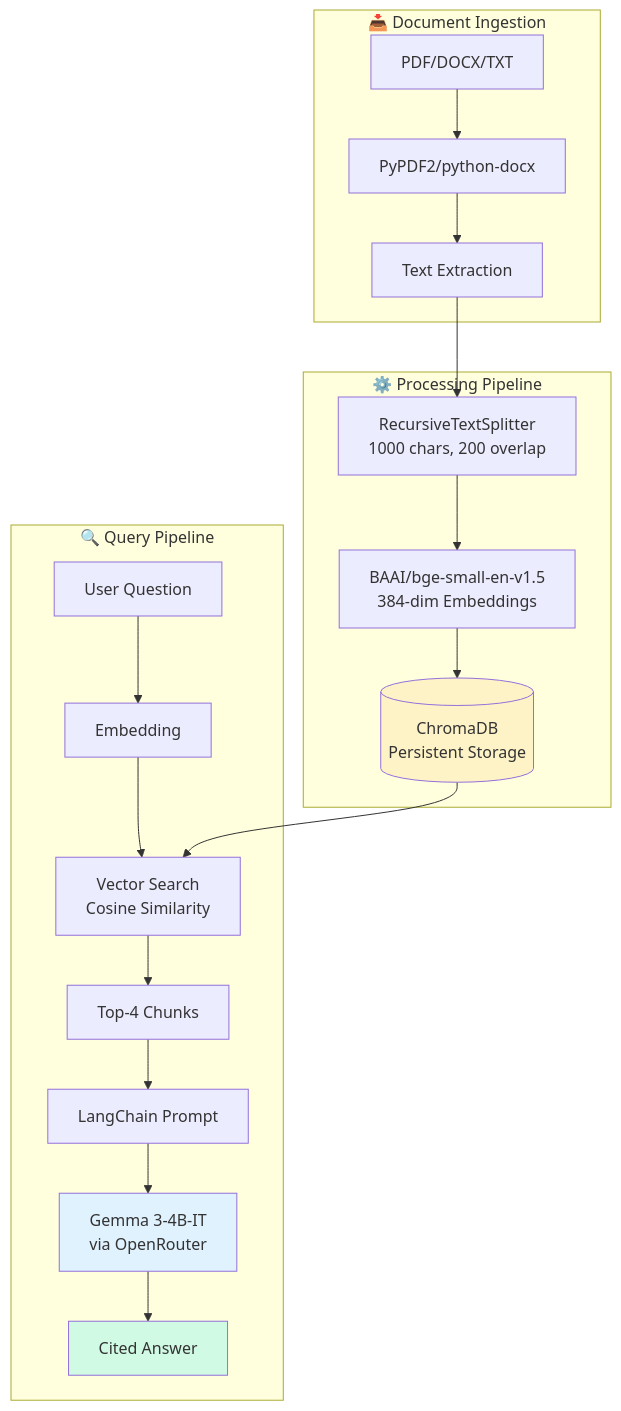
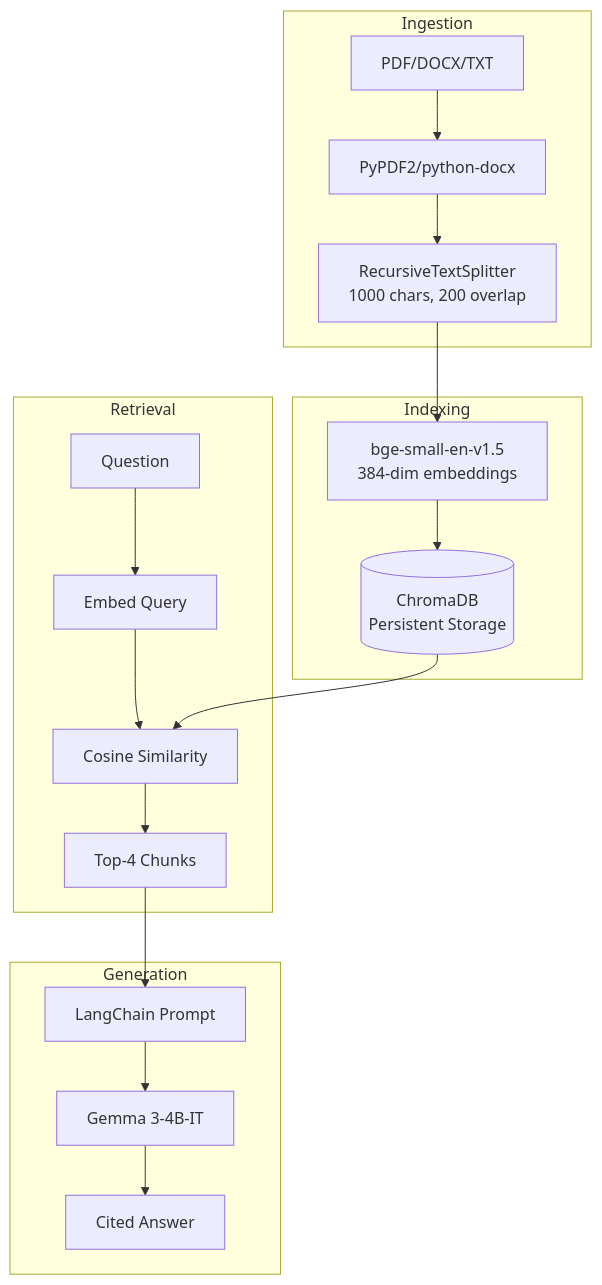
The diagram in README.md (pkgprateek/rag-document-qa-workflow), drawn with Mermaid before and after one commit. The commit also changed other lines of this file and 2 other files, not shown here.

````diff
--- a/README.md
+++ b/README.md
@@ -21,27 +15,25 @@
 ```mermaid
 flowchart TB
-    subgraph Input["📥 Document Ingestion"]
+    subgraph Ingestion
         A[PDF/DOCX/TXT] --> B[PyPDF2/python-docx]
-        B --> C[Text Extraction]
+        B --> C[RecursiveTextSplitter<br/>1000 chars, 200 overlap]
     end
     
-    subgraph Processing["⚙️ Processing Pipeline"]
-        C --> D[RecursiveTextSplitter<br/>1000 chars, 200 overlap]
-        D --> E[BAAI/bge-small-en-v1.5<br/>384-dim Embeddings]
-        E --> F[(ChromaDB<br/>Persistent Storage)]
+    subgraph Indexing
+        C --> D[bge-small-en-v1.5<br/>384-dim embeddings]
+        D --> E[(ChromaDB<br/>Persistent Storage)]
     end
     
-    subgraph Query["🔍 Query Pipeline"]
-        G[User Question] --> H[Embedding]
-        H --> I[Vector Search<br/>Cosine Similarity]
-        F --> I
-        I --> J[Top-4 Chunks]
-        J --> K[LangChain Prompt]
-        K --> L[Gemma 3-4B-IT<br/>via OpenRouter]
-        L --> M[Cited Answer]
+    subgraph Retrieval
+        F[Question] --> G[Embed Query]
+        G --> H[Cosine Similarity]
+        E --> H
+        H --> I[Top-4 Chunks]
     end
     
-    style F fill:#FEF3C7
-    style L fill:#E0F2FE
-    style M fill:#D1FAE5
+    subgraph Generation
+        I --> J[LangChain Prompt]
+        J --> K[Gemma 3-4B-IT]
+        K --> L[Cited Answer]
+    end
 ```
````
